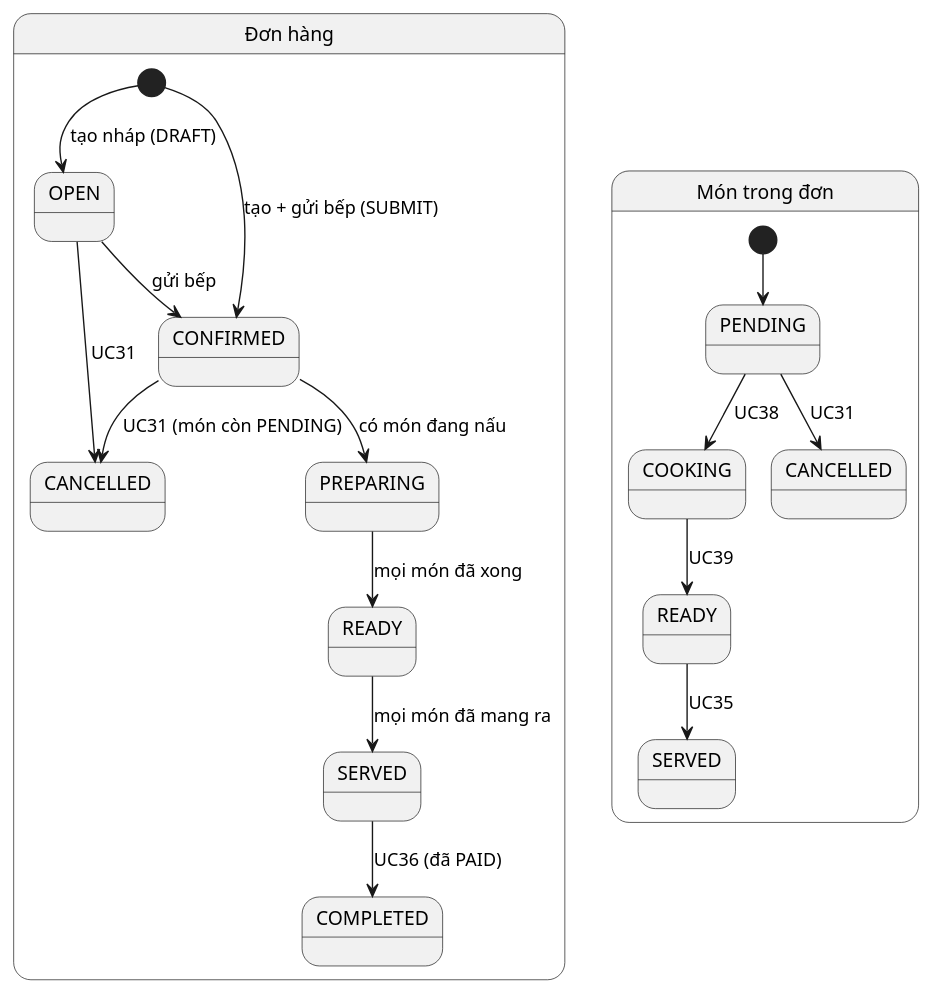
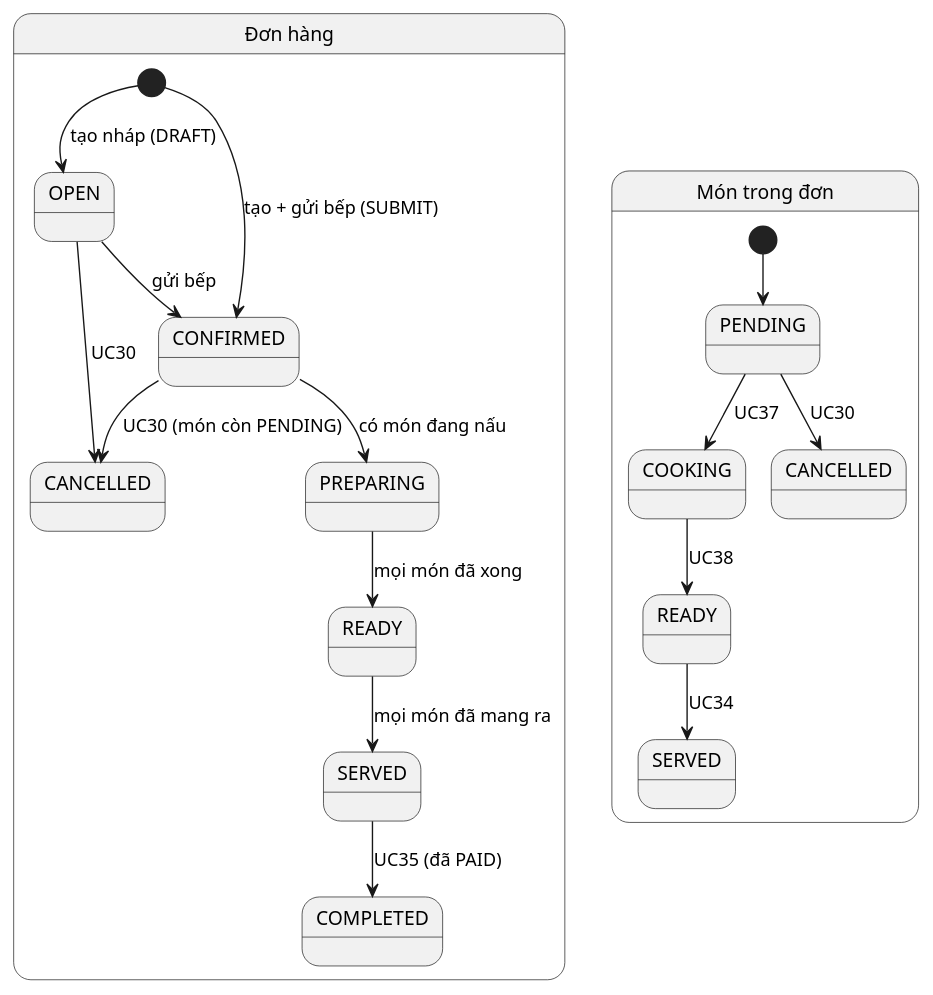
Before and after one commit to TruongHidu/XayPOS_be: the second of 2 diagrams in docs/usecase/06-don-hang.md, drawn with PlantUML. The commit also changed other lines of this file and 50 other files, not shown here.

````diff
--- a/docs/usecase/06-don-hang.md
+++ b/docs/usecase/06-don-hang.md
@@ -74,27 +74,27 @@
 ```plantuml
 @startuml ST_Order
 state "Đơn hàng" as O {
   [*] --> OPEN : tạo nháp (DRAFT)
   [*] --> CONFIRMED : tạo + gửi bếp (SUBMIT)
   OPEN --> CONFIRMED : gửi bếp
   CONFIRMED --> PREPARING : có món đang nấu
   PREPARING --> READY : mọi món đã xong
   READY --> SERVED : mọi món đã mang ra
-  SERVED --> COMPLETED : UC36 (đã PAID)
-  OPEN --> CANCELLED : UC31
-  CONFIRMED --> CANCELLED : UC31 (món còn PENDING)
+  SERVED --> COMPLETED : UC35 (đã PAID)
+  OPEN --> CANCELLED : UC30
+  CONFIRMED --> CANCELLED : UC30 (món còn PENDING)
 }
 state "Món trong đơn" as I {
   state "PENDING" as I_PENDING
   state "COOKING" as I_COOKING
   state "READY" as I_READY
   state "SERVED" as I_SERVED
   state "CANCELLED" as I_CANCELLED
   [*] --> I_PENDING
-  I_PENDING --> I_COOKING : UC38
-  I_COOKING --> I_READY : UC39
-  I_READY --> I_SERVED : UC35
-  I_PENDING --> I_CANCELLED : UC31
+  I_PENDING --> I_COOKING : UC37
+  I_COOKING --> I_READY : UC38
+  I_READY --> I_SERVED : UC34
+  I_PENDING --> I_CANCELLED : UC30
 }
 @enduml
 ```
````
